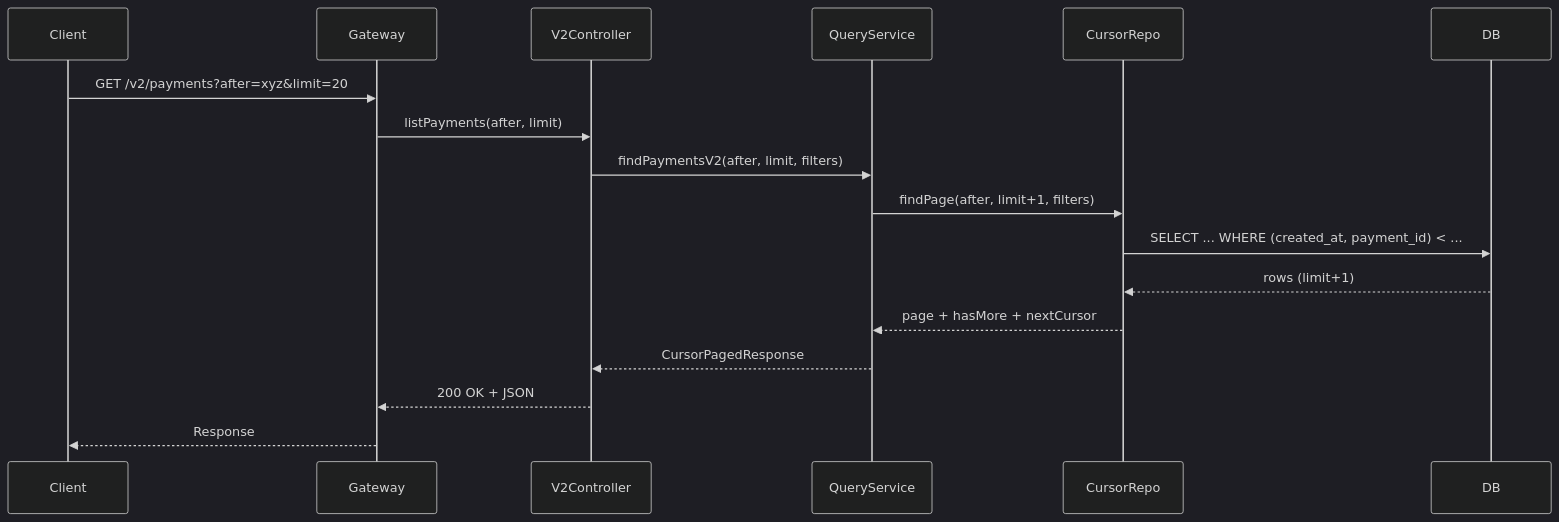
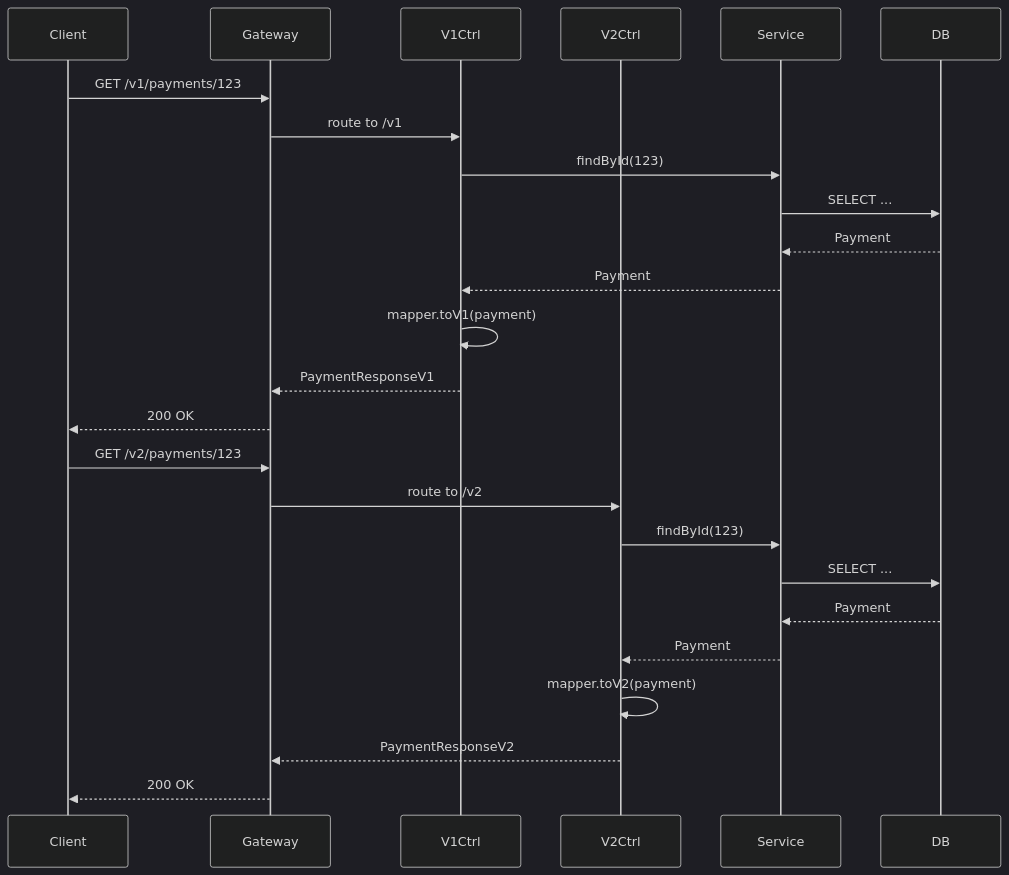
One commit to abhinandanchivate/Final_LTI_EE changed the fourth of 13 diagrams in microservices/final/day1.md. Above: the diagram before and after it, drawn with Mermaid (dark theme). The commit also changed other lines of this file, not shown here.

````diff
--- a/microservices/final/day1.md
+++ b/microservices/final/day1.md
@@ -341,20 +474,29 @@
 ```mermaid
 sequenceDiagram
     participant Client
     participant Gateway
-    participant V2Controller
-    participant QueryService
-    participant CursorRepo
+    participant V1Ctrl
+    participant V2Ctrl
+    participant Service
     participant DB
 
-    Client->>Gateway: GET /v2/payments?after=xyz&limit=20
-    Gateway->>V2Controller: listPayments(after, limit)
-    V2Controller->>QueryService: findPaymentsV2(after, limit, filters)
-    QueryService->>CursorRepo: findPage(after, limit+1, filters)
-    CursorRepo->>DB: SELECT ... WHERE (created_at, payment_id) < ...
-    DB-->>CursorRepo: rows (limit+1)
-    CursorRepo-->>QueryService: page + hasMore + nextCursor
-    QueryService-->>V2Controller: CursorPagedResponse
-    V2Controller-->>Gateway: 200 OK + JSON
-    Gateway-->>Client: Response
+    Client->>Gateway: GET /v1/payments/123
+    Gateway->>V1Ctrl: route to /v1
+    V1Ctrl->>Service: findById(123)
+    Service->>DB: SELECT ...
+    DB-->>Service: Payment
+    Service-->>V1Ctrl: Payment
+    V1Ctrl->>V1Ctrl: mapper.toV1(payment)
+    V1Ctrl-->>Gateway: PaymentResponseV1
+    Gateway-->>Client: 200 OK
+
+    Client->>Gateway: GET /v2/payments/123
+    Gateway->>V2Ctrl: route to /v2
+    V2Ctrl->>Service: findById(123)
+    Service->>DB: SELECT ...
+    DB-->>Service: Payment
+    Service-->>V2Ctrl: Payment
+    V2Ctrl->>V2Ctrl: mapper.toV2(payment)
+    V2Ctrl-->>Gateway: PaymentResponseV2
+    Gateway-->>Client: 200 OK
 ```
````
